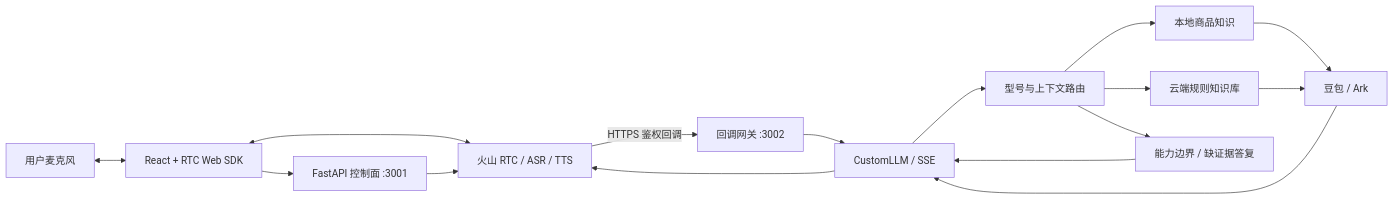
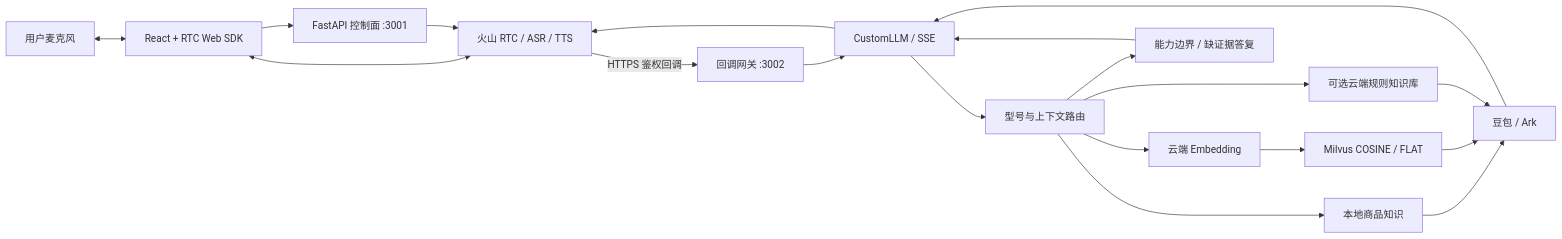
Before and after one commit to Drong-Yang/rtc_basic: the diagram in README.md, drawn with Mermaid. The commit also changed other lines of this file and 13 other files, not shown here.

````diff
--- a/README.md
+++ b/README.md
@@ -54,18 +56,21 @@
 ```mermaid
 flowchart LR
     U[用户麦克风] <--> W[React + RTC Web SDK]
     W <--> R[火山 RTC / ASR / TTS]
     W --> C[FastAPI 控制面 :3001]
     C --> R
     R -->|HTTPS 鉴权回调| G[回调网关 :3002]
     G --> B[CustomLLM / SSE]
     B --> Q[型号与上下文路由]
     Q --> L[本地商品知识]
-    Q --> K[云端规则知识库]
+    Q --> E[云端 Embedding]
+    E --> V[Milvus COSINE / FLAT]
+    Q --> K[可选云端规则知识库]
     Q --> D[能力边界 / 缺证据答复]
     L --> M[豆包 / Ark]
+    V --> M
     K --> M
     M --> B
     D --> B
     B --> R
 ```
````
